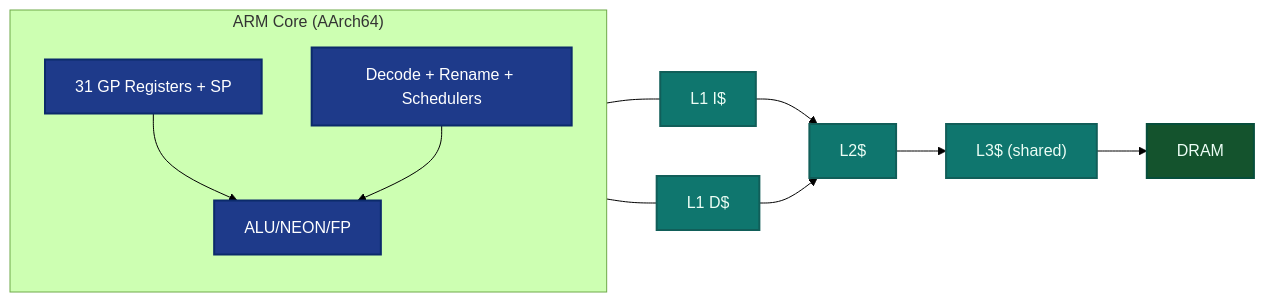
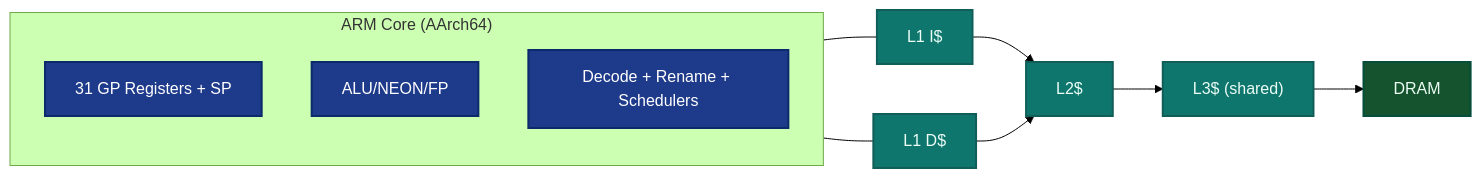
The fifth of 15 diagrams in docs/level-4/computing-skills/computer-systems-and-architecture.md (jaysalw/csref.dev), drawn with Mermaid (forest theme) before and after one commit. The commit also changed other lines of this file, not shown here.

Commit message:
fix: enhance Computer Architectures documentation with extended comparative notes and additional architectures

````diff
--- a/docs/level-4/computing-skills/computer-systems-and-architecture.md
+++ b/docs/level-4/computing-skills/computer-systems-and-architecture.md
@@ -131,25 +131,22 @@
 ```mermaid
 flowchart LR
   classDef core fill:#1e3a8a,stroke:#0b2a6b,stroke-width:2,color:#fff;
   classDef cache fill:#0f766e,stroke:#115e59,stroke-width:2,color:#ecfdf5;
   classDef mem fill:#14532d,stroke:#064e3b,stroke-width:2,color:#ecfdf5;
-  classDef bus fill:#111827,stroke:#9ca3af,stroke-width:2,color:#e5e7eb;
 
   subgraph ARM_Core["ARM Core (AArch64)"]
     RF[31 GP Registers + SP]:::core
     ALU[ALU/NEON/FP]:::core
     CU[Decode + Rename + Schedulers]:::core
   end
   L1I["L1 I$"]:::cache
   L1D["L1 D$"]:::cache
   L2["L2$"]:::cache
   L3["L3$ (shared)"]:::cache
   MEM["DRAM"]:::mem
 
-  RF --> ALU
-  CU --> ALU
   ARM_Core --- L1I
   ARM_Core --- L1D
   L1I --> L2 --> L3 --> MEM
   L1D --> L2
 ```
````
